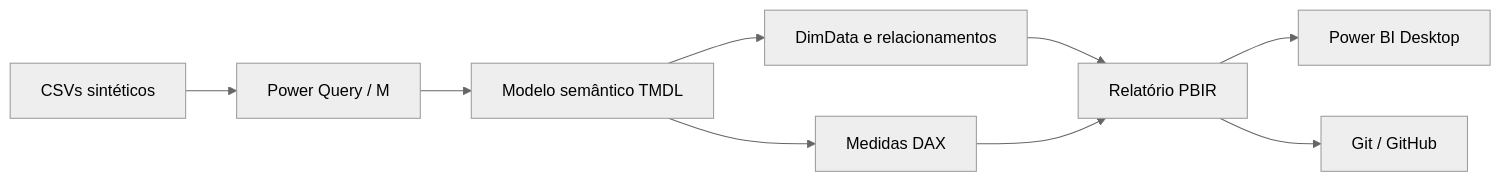
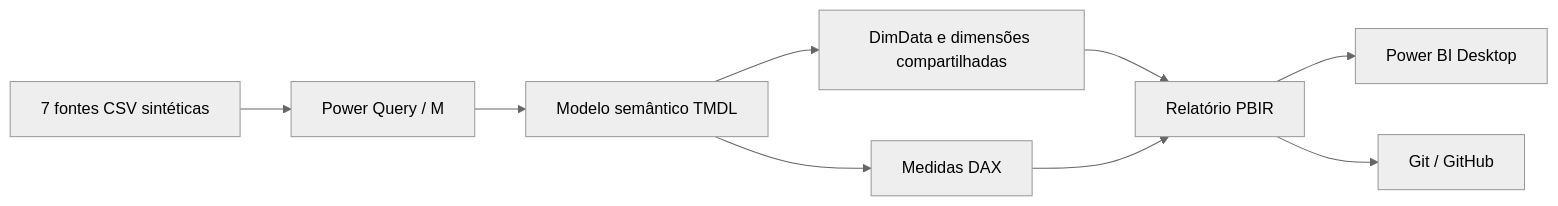
Before and after one commit to marcosramos26/Corporate-Travel-Intelligence: the diagram in README.md, drawn with Mermaid (neutral theme). The commit also changed other lines of this file and 2 other files, not shown here.

````diff
--- a/README.md
+++ b/README.md
@@ -108,11 +58,11 @@
 ```mermaid
 flowchart LR
-    A[CSVs sintéticos] --> B[Power Query / M]
+    A[7 fontes CSV sintéticas] --> B[Power Query / M]
     B --> C[Modelo semântico TMDL]
-    C --> D[DimData e relacionamentos]
+    C --> D[DimData e dimensões compartilhadas]
     C --> E[Medidas DAX]
     D --> F[Relatório PBIR]
     E --> F
     F --> G[Power BI Desktop]
     F --> H[Git / GitHub]
 ```
````
